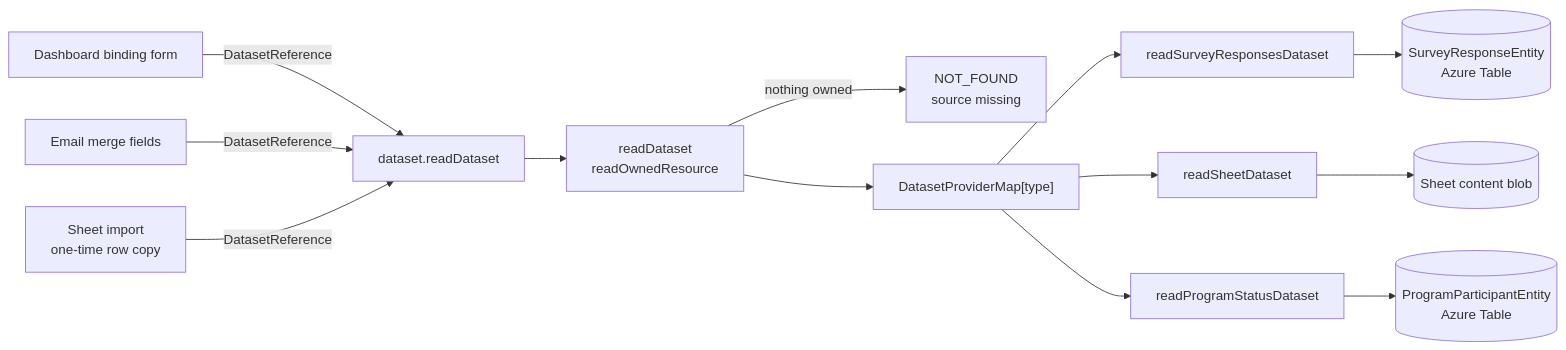
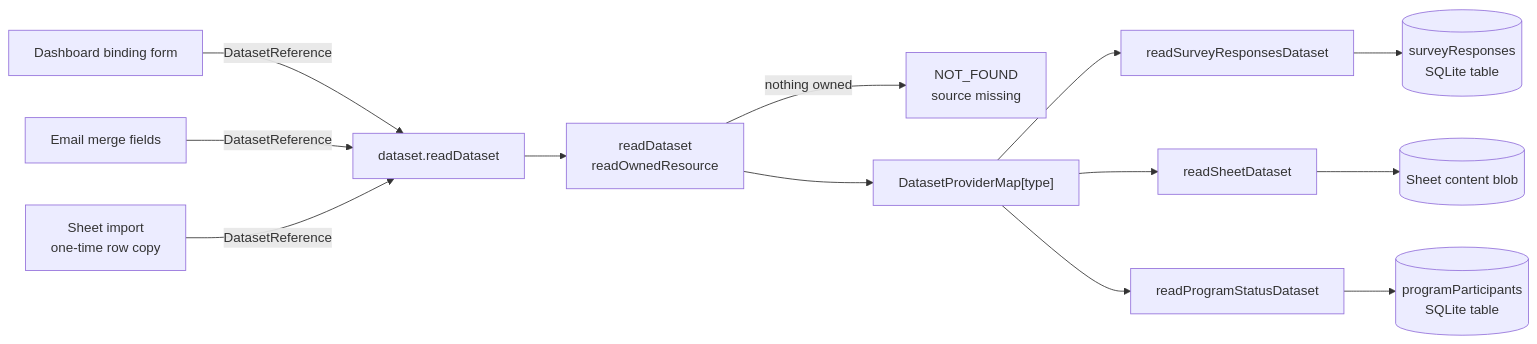
The diagram in openspec/specs/architecture/dataset/design.md (Esposter/Esposter), drawn with Mermaid before and after one commit. The commit also changed other lines of this file and 22 other files, not shown here.

````diff
--- a/openspec/specs/architecture/dataset/design.md
+++ b/openspec/specs/architecture/dataset/design.md
@@ -48,12 +48,12 @@
 ```mermaid
 flowchart LR
   DASH["Dashboard binding form"] -->|DatasetReference| RD["dataset.readDataset"]
   EMAIL["Email merge fields"] -->|DatasetReference| RD
   IMPORT["Sheet import<br/>one-time row copy"] -->|DatasetReference| RD
   RD --> OWN["readDataset<br/>readOwnedResource"]
   OWN -->|"nothing owned"| MISSING["NOT_FOUND<br/>source missing"]
   OWN --> MAP["DatasetProviderMap[type]"]
-  MAP --> SR["readSurveyResponsesDataset"] --> AT[("SurveyResponseEntity<br/>Azure Table")]
+  MAP --> SR["readSurveyResponsesDataset"] --> SRT[("surveyResponses<br/>SQLite table")]
   MAP --> FR["readSheetDataset"] --> BLOB[("Sheet content blob")]
-  MAP --> PR["readProgramStatusDataset"] --> PT[("ProgramParticipantEntity<br/>Azure Table")]
+  MAP --> PR["readProgramStatusDataset"] --> PT[("programParticipants<br/>SQLite table")]
 ```
````
